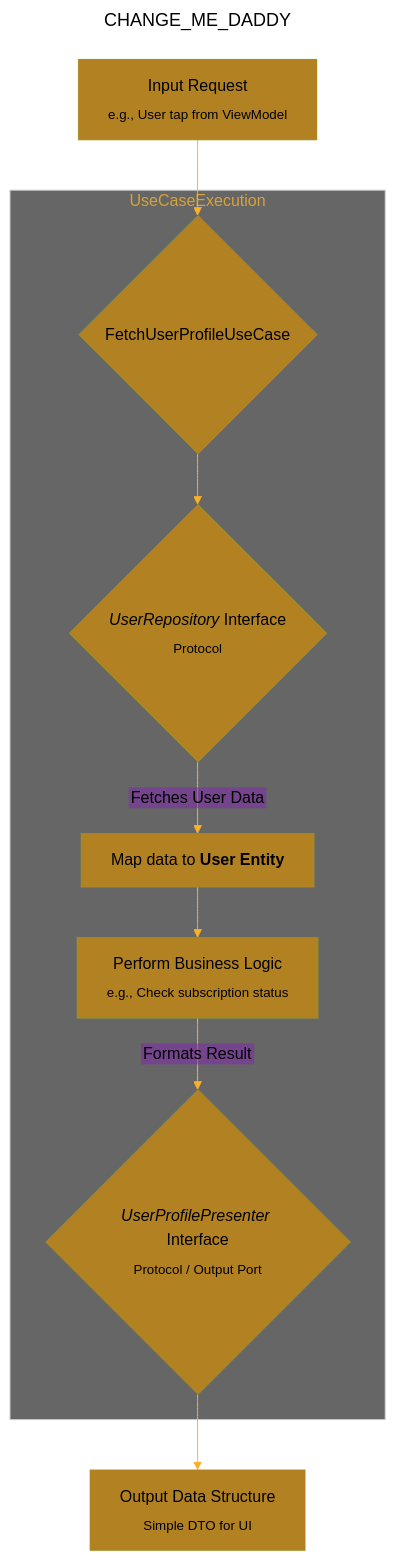
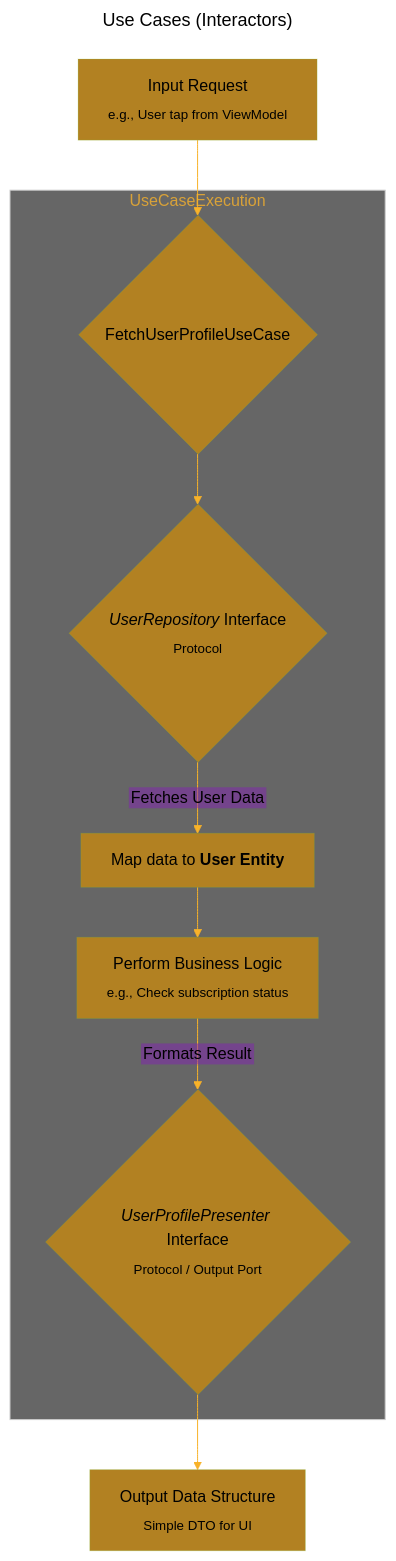
One commit to CongLeSolutionX/iOS-development-vault changed the fifth of 7 diagrams in Design_Patterns/CLEAN_Architecture/The_CLEAN_Architecture_in_iOS_Development.md. Above: the diagram before and after it, drawn with Mermaid. The commit also changed other lines of this file, not shown here.

````diff
--- a/Design_Patterns/CLEAN_Architecture/The_CLEAN_Architecture_in_iOS_Development.md
+++ b/Design_Patterns/CLEAN_Architecture/The_CLEAN_Architecture_in_iOS_Development.md
@@ -287,39 +305,39 @@
 ```mermaid
 ---
-title: "CHANGE_ME_DADDY"
+title: "Use Cases (Interactors)"
 author: "Cong Le"
 version: "1.0"
 license(s): "MIT, CC BY 4.0"
 copyright: "Copyright (c) 2025 Cong Le. All Rights Reserved."
 config:
   theme: base
 ---
 %%%%%%%% Mermaid version v11.4.1-b.14
 %%%%%%%% Available curve styles include the following keywords:
 %% basis, bumpX, bumpY, cardinal, catmullRom, linear, monotoneX, monotoneY, natural, step, stepAfter, stepBefore.
 %%{
   init: {
     'flowchart': { 'htmlLabels': false, 'curve': 'basis' },
     'fontFamily': 'Monospace',
     'themeVariables': {
       'primaryColor': '#B28122',
       'primaryTextColor': '#000',
       'primaryBorderColor': '#7C33',
       'lineColor': '#F8B229',
       'stroke':'#000',
       'stroke-width': '0.5px'
     }
   }
 }%%
 flowchart TD
     A[Input Request<br/><SUB>e.g., User tap from ViewModel</SUB>] --> B{FetchUserProfileUseCase};
     subgraph UseCaseExecution
         B --> C{<I>UserRepository</I> Interface<br/><SUB>Protocol</SUB>};
         C -- Fetches User Data --> D[Map data to <b>User Entity</b>];
         D --> E[Perform Business Logic<br/><SUB>e.g., Check subscription status</SUB>];
         E -- Formats Result --> F{<I>UserProfilePresenter</I> Interface<br/><SUB>Protocol / Output Port</SUB>};
     end
     F --> G[Output Data Structure<br/><SUB>Simple DTO for UI</SUB>];
 
     style UseCaseExecution fill:#666,stroke:#ccc
 ```
````
